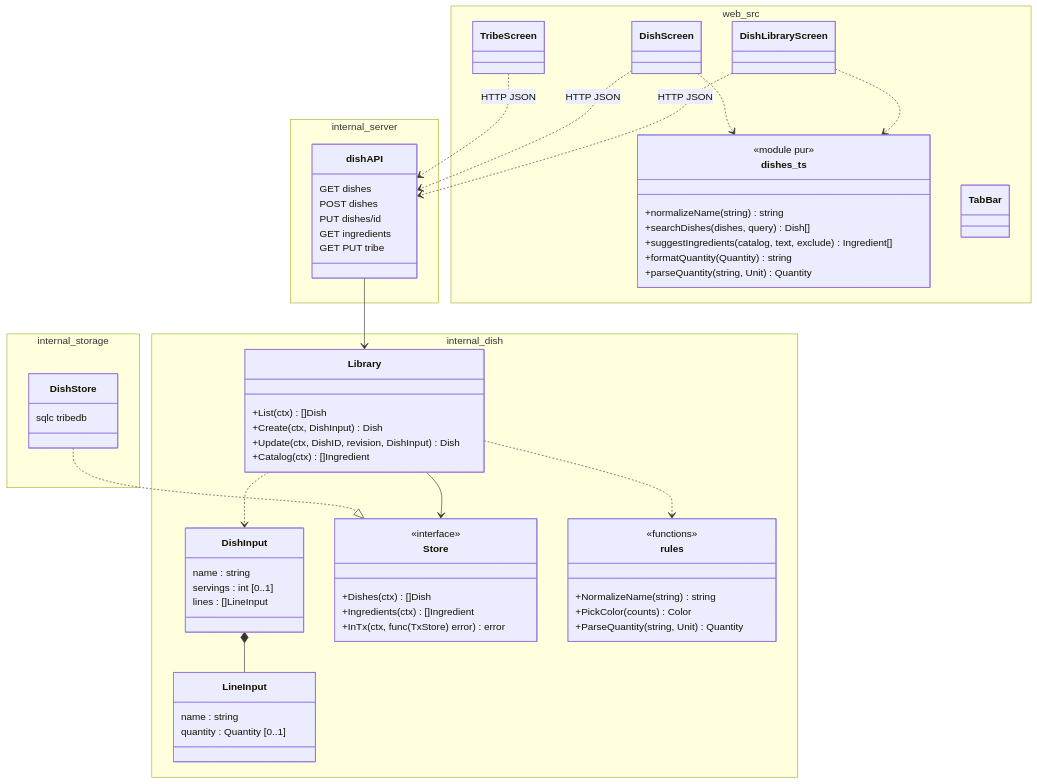
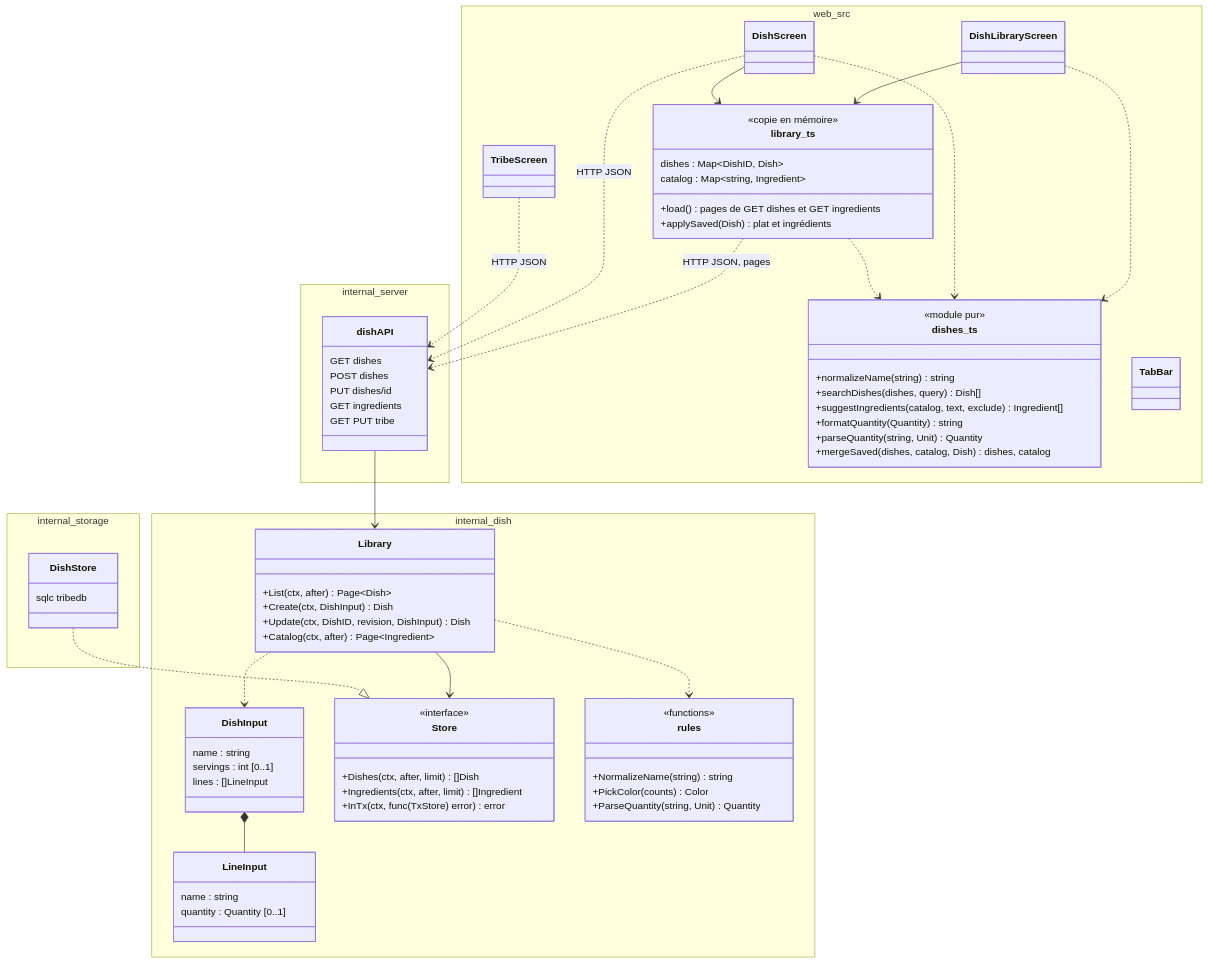
The second of 6 diagrams in docs/conception/bibliotheque-de-plats.md (nelt/tribe-menus), drawn with Mermaid before and after one commit. The commit also changed other lines of this file and 3 other files, not shown here.

````diff
--- a/docs/conception/bibliotheque-de-plats.md
+++ b/docs/conception/bibliotheque-de-plats.md
@@ -108,10 +108,10 @@
 
     namespace internal_dish {
         class Library {
-            +List(ctx) []Dish
+            +List(ctx, after) Page~Dish~
             +Create(ctx, DishInput) Dish
             +Update(ctx, DishID, revision, DishInput) Dish
-            +Catalog(ctx) []Ingredient
+            +Catalog(ctx, after) Page~Ingredient~
         }
         class DishInput {
             name : string
@@ -124,8 +124,8 @@
         }
         class Store {
             <<interface>>
-            +Dishes(ctx) []Dish
-            +Ingredients(ctx) []Ingredient
+            +Dishes(ctx, after, limit) []Dish
+            +Ingredients(ctx, after, limit) []Ingredient
             +InTx(ctx, func(TxStore) error) error
         }
         class rules {
@@ -157,6 +157,14 @@
             +suggestIngredients(catalog, text, exclude) Ingredient[]
             +formatQuantity(Quantity) string
             +parseQuantity(string, Unit) Quantity
+            +mergeSaved(dishes, catalog, Dish) dishes, catalog
+        }
+        class library_ts {
+            <<copie en mémoire>>
+            dishes : Map~DishID, Dish~
+            catalog : Map~string, Ingredient~
+            +load() pages de GET dishes et GET ingredients
+            +applySaved(Dish) plat et ingrédients
         }
         class DishLibraryScreen
         class DishScreen
@@ -172,7 +180,10 @@
     DishStore ..|> Store
     DishLibraryScreen ..> dishes_ts
     DishScreen ..> dishes_ts
-    DishLibraryScreen ..> dishAPI : HTTP JSON
+    DishLibraryScreen --> library_ts
+    DishScreen --> library_ts
+    library_ts ..> dishes_ts
+    library_ts ..> dishAPI : HTTP JSON, pages
     DishScreen ..> dishAPI : HTTP JSON
     TribeScreen ..> dishAPI : HTTP JSON
 ```
````
